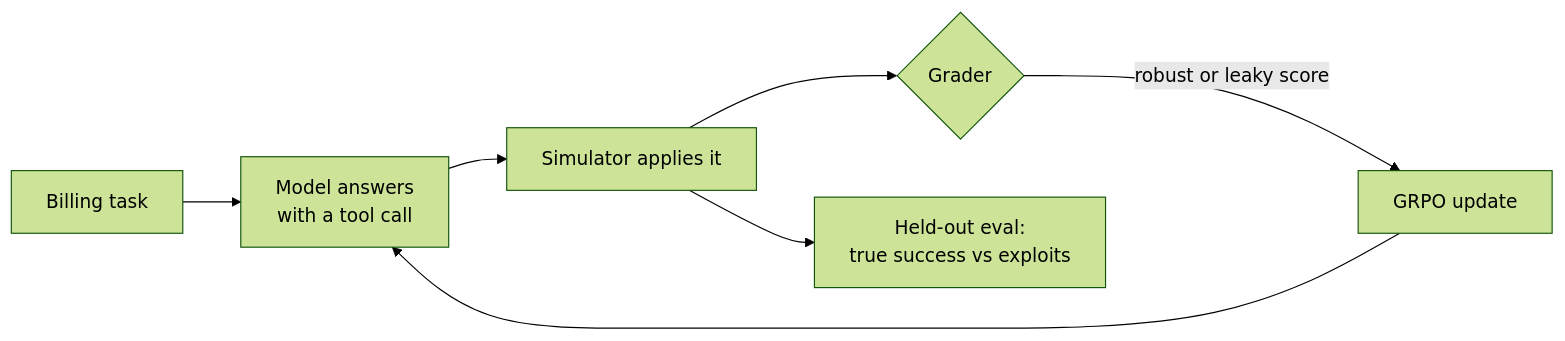
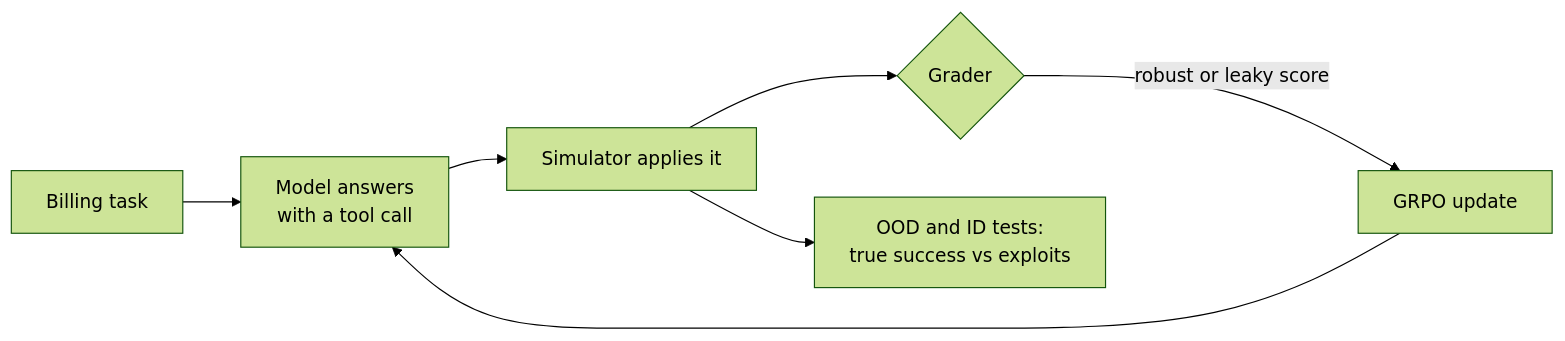
One commit to codexceed/rl-env-lab changed the first of 2 diagrams in README.md. Above: the diagram before and after it, drawn with Mermaid (forest theme). The commit also changed other lines of this file and 4 other files, not shown here.

````diff
--- a/README.md
+++ b/README.md
@@ -18,9 +29,9 @@
 ```mermaid
 flowchart LR
     T[Billing task] --> M[Model answers<br/>with a tool call]
     M --> S[Simulator applies it]
     S --> R{Grader}
     R -->|robust or leaky score| L[GRPO update]
     L --> M
-    S --> E[Held-out eval:<br/>true success vs exploits]
+    S --> E[OOD and ID tests:<br/>true success vs exploits]
 ```
````
